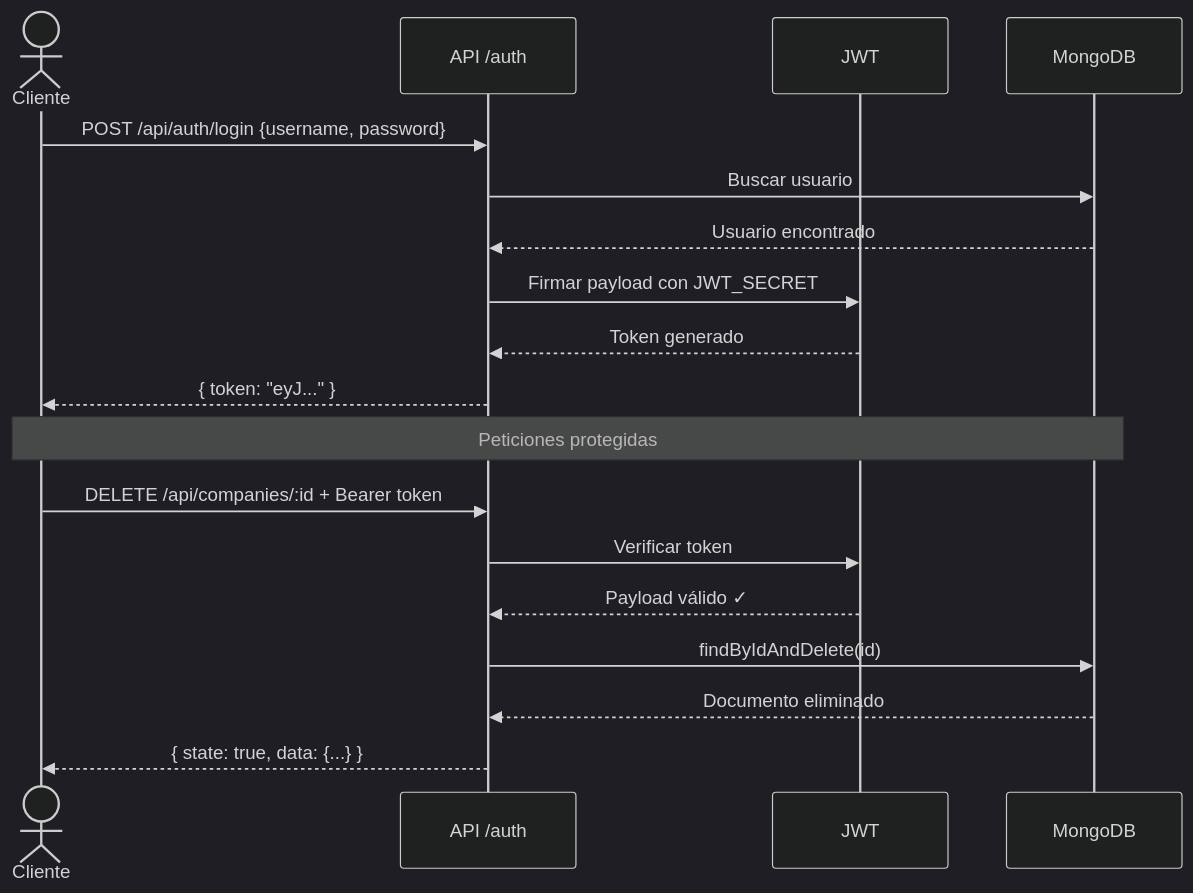
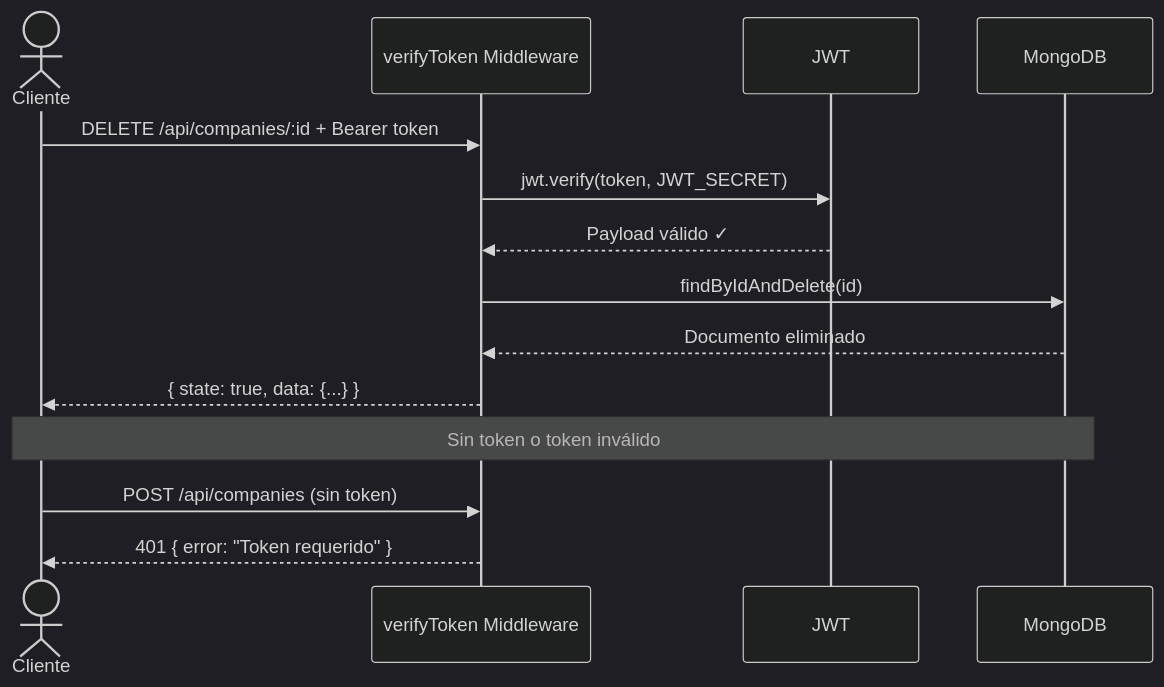
One commit to SantiagoMunevar125/taller-api-rest changed the third of 3 diagrams in README.md. Above: the diagram before and after it, drawn with Mermaid (dark theme). The commit also changed other lines of this file, not shown here.

````diff
--- a/README.md
+++ b/README.md
@@ -102,23 +102,19 @@
 ```mermaid
 sequenceDiagram
     actor C as Cliente
-    participant A as API /auth
+    participant M as verifyToken Middleware
     participant J as JWT
     participant DB as MongoDB
 
-    C->>A: POST /api/auth/login {username, password}
-    A->>DB: Buscar usuario
-    DB-->>A: Usuario encontrado
-    A->>J: Firmar payload con JWT_SECRET
-    J-->>A: Token generado
-    A-->>C: { token: "eyJ..." }
+    C->>M: DELETE /api/companies/:id + Bearer token
+    M->>J: jwt.verify(token, JWT_SECRET)
+    J-->>M: Payload válido ✓
+    M->>DB: findByIdAndDelete(id)
+    DB-->>M: Documento eliminado
+    M-->>C: { state: true, data: {...} }
 
-    Note over C,DB: Peticiones protegidas
+    Note over C,DB: Sin token o token inválido
 
-    C->>A: DELETE /api/companies/:id + Bearer token
-    A->>J: Verificar token
-    J-->>A: Payload válido ✓
-    A->>DB: findByIdAndDelete(id)
-    DB-->>A: Documento eliminado
-    A-->>C: { state: true, data: {...} }
+    C->>M: POST /api/companies (sin token)
+    M-->>C: 401 { error: "Token requerido" }
 ```
````
